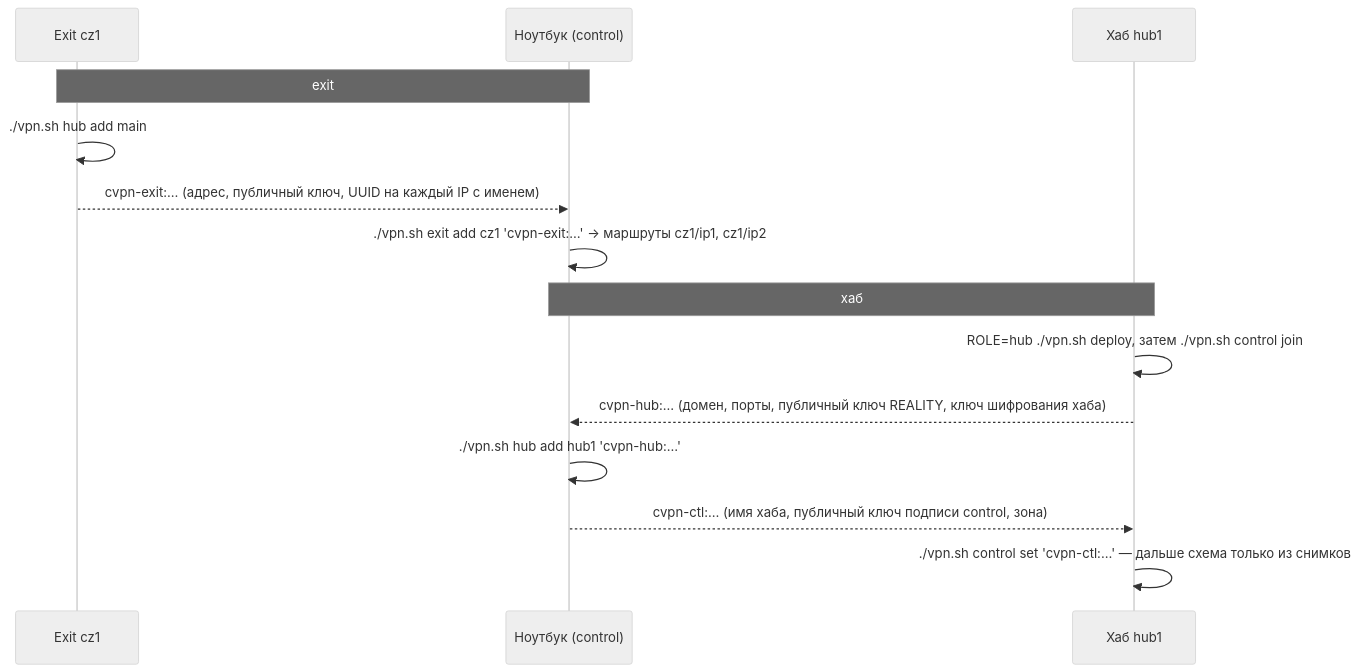
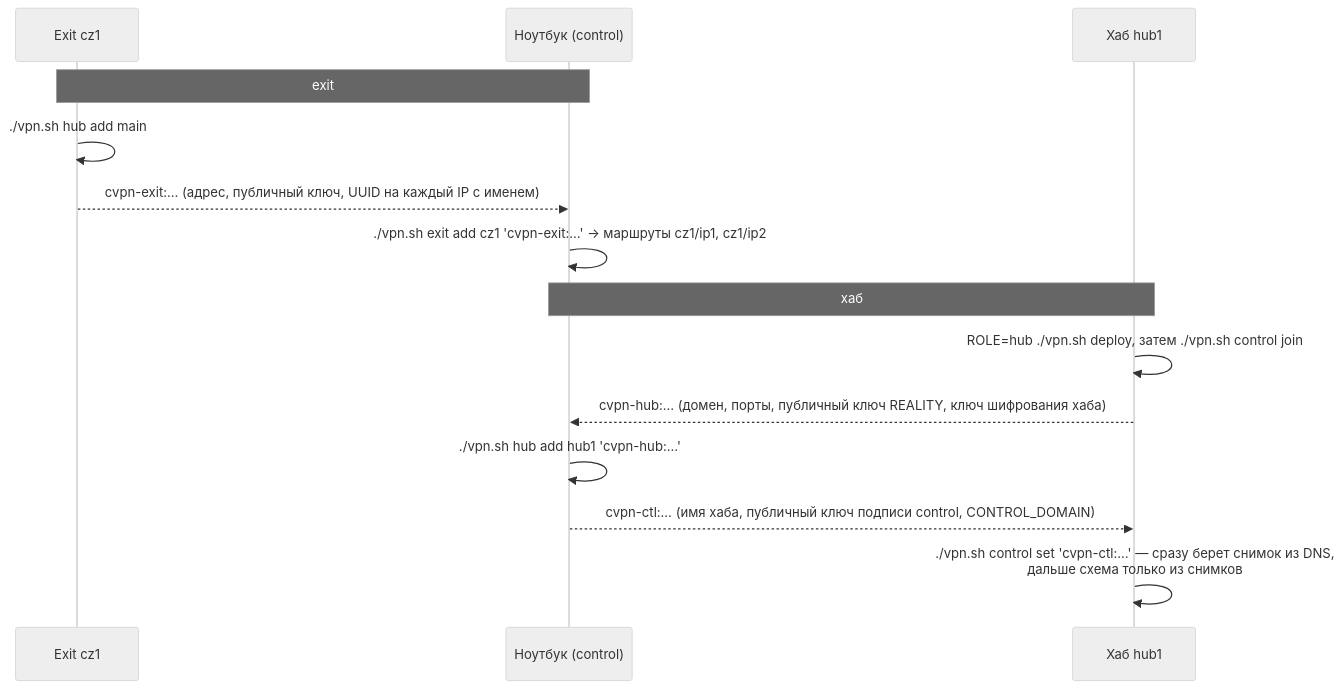
One commit to Dx-by-Dy/custom-vpn changed the seventh of 7 diagrams in ARCHITECTURE.md. Above: the diagram before and after it, drawn with Mermaid (neutral theme). The commit also changed other lines of this file and 9 other files, not shown here.

Commit message:
DNS delivery: control publishes snapshots to TXT records via DNSmanager, hubs sync them every 5 minutes

````diff
--- a/ARCHITECTURE.md
+++ b/ARCHITECTURE.md
@@ -236,18 +242,18 @@
 ```mermaid
 sequenceDiagram
   participant E as Exit cz1
   participant L as Ноутбук (control)
   participant H as Хаб hub1
 
   Note over E,L: exit
   E->>E: ./vpn.sh hub add main
   E-->>L: cvpn-exit:… (адрес, публичный ключ, UUID на каждый IP с именем)
   L->>L: ./vpn.sh exit add cz1 'cvpn-exit:…' → маршруты cz1/ip1, cz1/ip2
 
   Note over H,L: хаб
   H->>H: ROLE=hub ./vpn.sh deploy, затем ./vpn.sh control join
   H-->>L: cvpn-hub:… (домен, порты, публичный ключ REALITY, ключ шифрования хаба)
   L->>L: ./vpn.sh hub add hub1 'cvpn-hub:…'
-  L-->>H: cvpn-ctl:… (имя хаба, публичный ключ подписи control, зона)
-  H->>H: ./vpn.sh control set 'cvpn-ctl:…' — дальше схема только из снимков
+  L-->>H: cvpn-ctl:… (имя хаба, публичный ключ подписи control, CONTROL_DOMAIN)
+  H->>H: ./vpn.sh control set 'cvpn-ctl:…' — сразу берет снимок из DNS,<br/>дальше схема только из снимков
 ```
````
